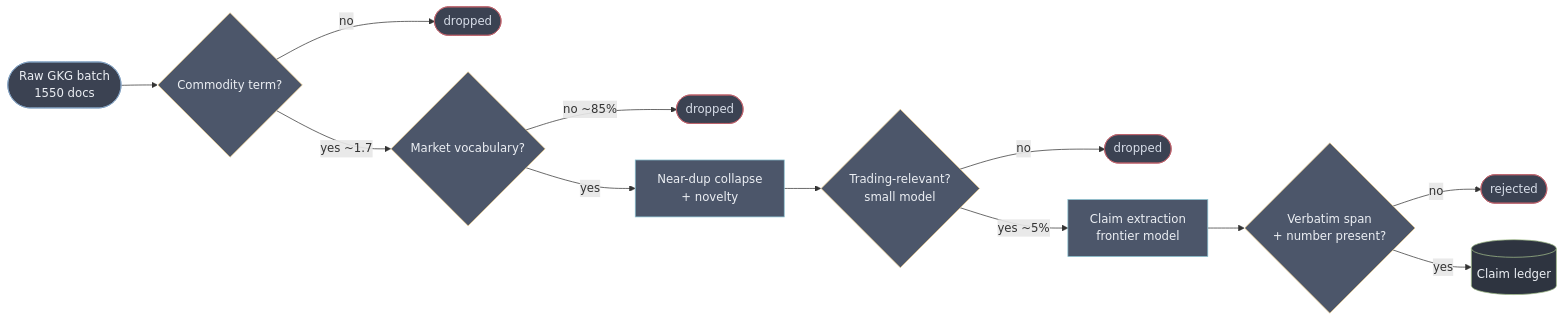
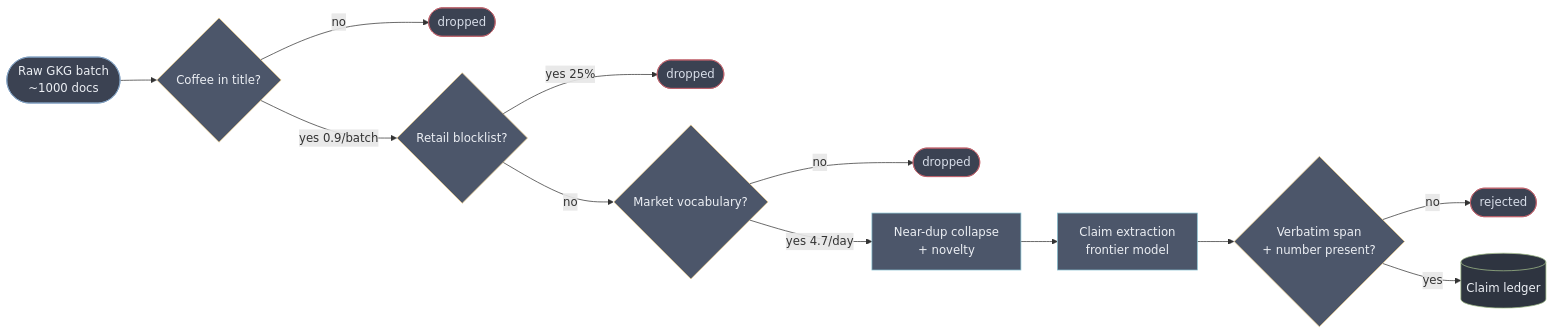
One commit to rppol/trading-agent changed the third of 6 diagrams in docs/ARCHITECTURE.md. Above: the diagram before and after it, drawn with Mermaid. The commit also changed other lines of this file and 3 other files, not shown here.

````diff
--- a/docs/ARCHITECTURE.md
+++ b/docs/ARCHITECTURE.md
@@ -387,25 +396,25 @@
 ```mermaid
 flowchart LR
-    R(["Raw GKG batch<br/>1550 docs"]) --> K{"Commodity term?"}
+    R(["Raw GKG batch<br/>~1000 docs"]) --> K{"Coffee in title?"}
     K -->|no| X1(["dropped"])
-    K -->|yes ~1.7| MK{"Market vocabulary?"}
-    MK -->|no ~85%| X2(["dropped"])
-    MK -->|yes| D["Near-dup collapse<br/>+ novelty"]
-    D --> TR{"Trading-relevant?<br/>small model"}
-    TR -->|no| X3(["dropped"])
-    TR -->|yes ~5%| L["Claim extraction<br/>frontier model"]
+    K -->|"yes 0.9/batch"| BL{"Retail blocklist?"}
+    BL -->|"yes 25%"| X2(["dropped"])
+    BL -->|no| MK{"Market vocabulary?"}
+    MK -->|no| X3(["dropped"])
+    MK -->|"yes 4.7/day"| D["Near-dup collapse<br/>+ novelty"]
+    D --> L["Claim extraction<br/>frontier model"]
     L --> G{"Verbatim span<br/>+ number present?"}
     G -->|no| X4(["rejected"])
     G -->|yes| C[("Claim ledger")]
 
     classDef src fill:#3b4252,stroke:#81a1c1,color:#eceff4
     classDef gate fill:#4c566a,stroke:#ebcb8b,color:#eceff4
     classDef drop fill:#3b4252,stroke:#bf616a,color:#d8dee9
     classDef work fill:#4c566a,stroke:#88c0d0,color:#eceff4
     classDef store fill:#2e3440,stroke:#a3be8c,color:#eceff4
     class R src
-    class K,MK,TR,G gate
+    class K,BL,MK,G gate
     class X1,X2,X3,X4 drop
     class D,L work
     class C store
 ```
````
